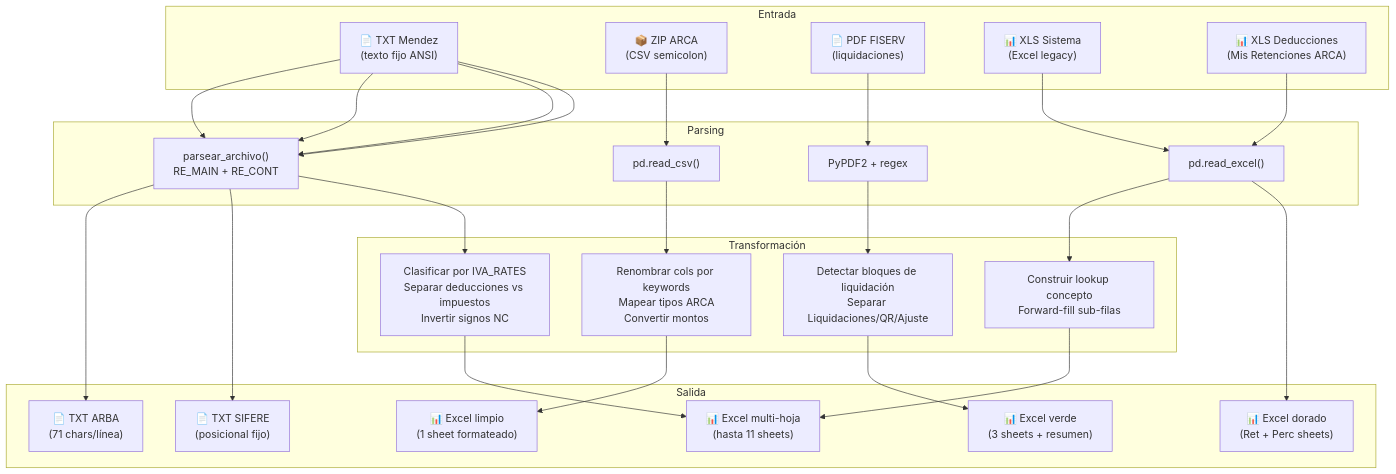
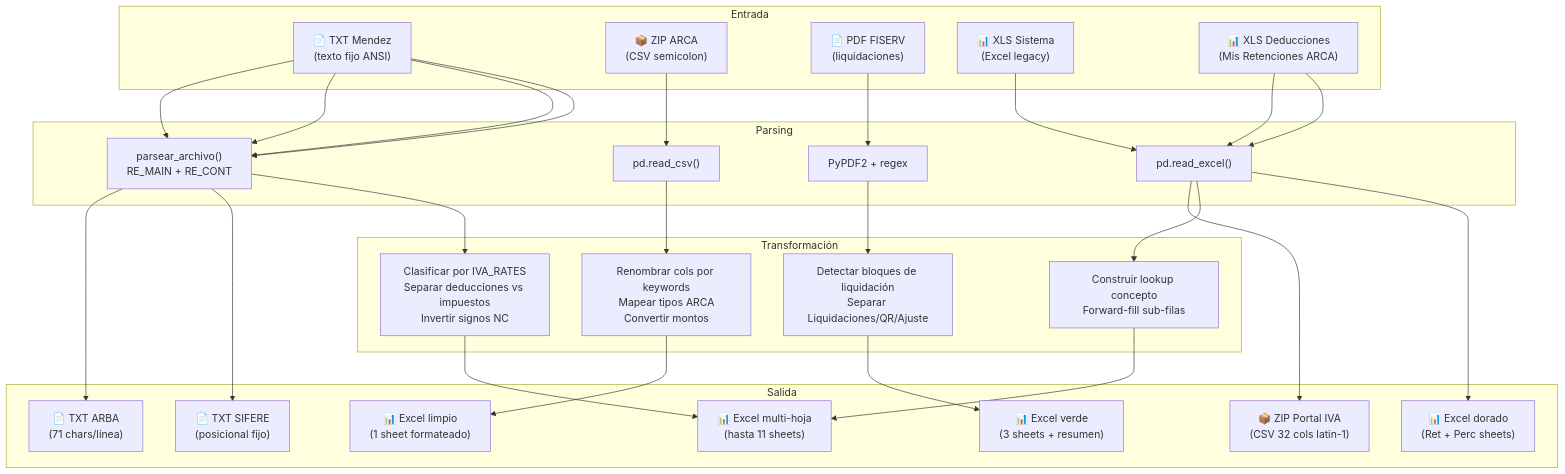
Before and after one commit to capano-andres/movimientos-a-excel: the fourth of 4 diagrams in DOCUMENTACION.md, drawn with Mermaid. The commit also changed other lines of this file and 2 other files, not shown here.

Commit message:
Importacion retenciones iva y ganancias

````diff
--- a/DOCUMENTACION.md
+++ b/DOCUMENTACION.md
@@ -1084,42 +1161,44 @@
 ```mermaid
 flowchart TB
     subgraph "Entrada"
         TXT["📄 TXT Mendez<br/>(texto fijo ANSI)"]
         ZIP["📦 ZIP ARCA<br/>(CSV semicolon)"]
         PDF["📄 PDF FISERV<br/>(liquidaciones)"]
         XLS["📊 XLS Sistema<br/>(Excel legacy)"]
         DED["📊 XLS Deducciones<br/>(Mis Retenciones ARCA)"]
     end
 
     subgraph "Parsing"
         P1["parsear_archivo()<br/>RE_MAIN + RE_CONT"]
         P2["pd.read_csv()"]
         P3["PyPDF2 + regex"]
         P4["pd.read_excel()"]
     end
 
     subgraph "Transformación"
         T1["Clasificar por IVA_RATES<br/>Separar deducciones vs impuestos<br/>Invertir signos NC"]
         T2["Renombrar cols por keywords<br/>Mapear tipos ARCA<br/>Convertir montos"]
         T3["Detectar bloques de liquidación<br/>Separar Liquidaciones/QR/Ajuste"]
         T4["Construir lookup concepto<br/>Forward-fill sub-filas"]
     end
 
     subgraph "Salida"
         E1["📊 Excel multi-hoja<br/>(hasta 11 sheets)"]
         E2["📊 Excel limpio<br/>(1 sheet formateado)"]
         E3["📊 Excel verde<br/>(3 sheets + resumen)"]
         E4["📊 Excel dorado<br/>(Ret + Perc sheets)"]
         S1["📄 TXT SIFERE<br/>(posicional fijo)"]
         S2["📄 TXT ARBA<br/>(71 chars/línea)"]
+        Z1["📦 ZIP Portal IVA<br/>(CSV 32 cols latin-1)"]
     end
 
     TXT --> P1 --> T1 --> E1
     TXT --> P1 --> S1
     TXT --> P1 --> S2
     ZIP --> P2 --> T2 --> E2
     PDF --> P3 --> T3 --> E3
     DED --> P4 --> E4
     TXT --> P1
     XLS --> P4 --> T4 --> E1
+    DED --> P4 --> Z1
 ```
````
